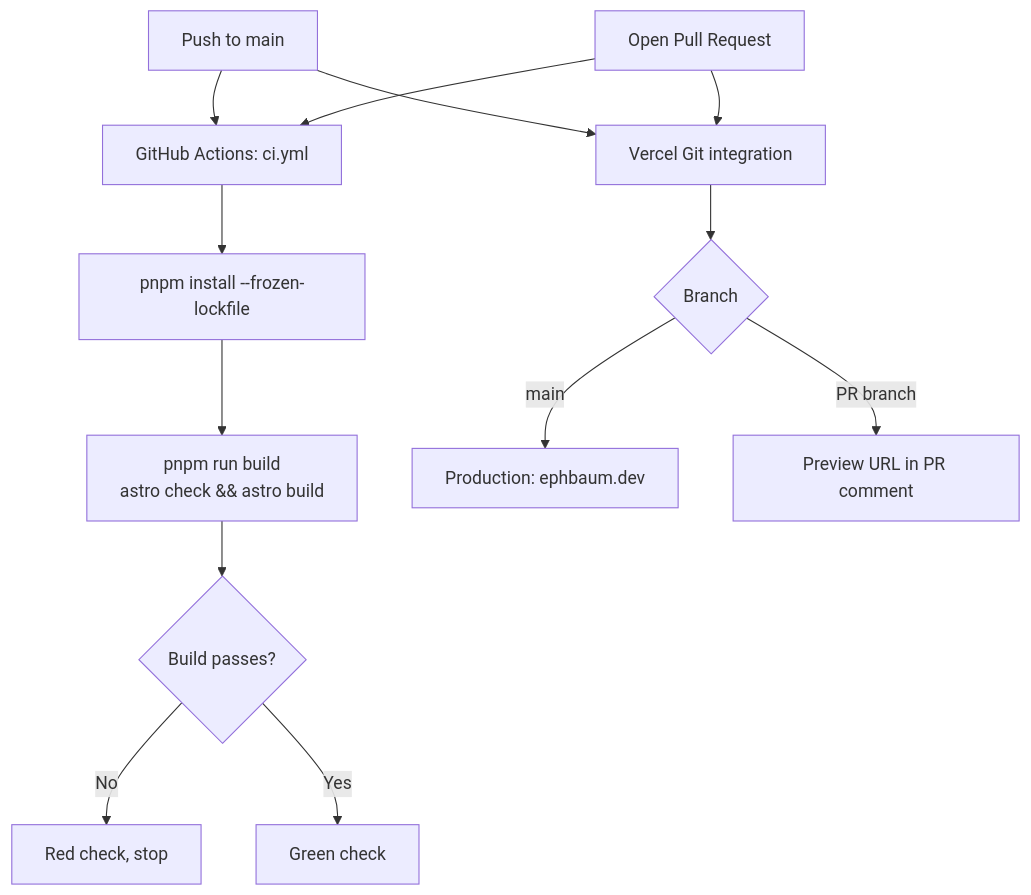
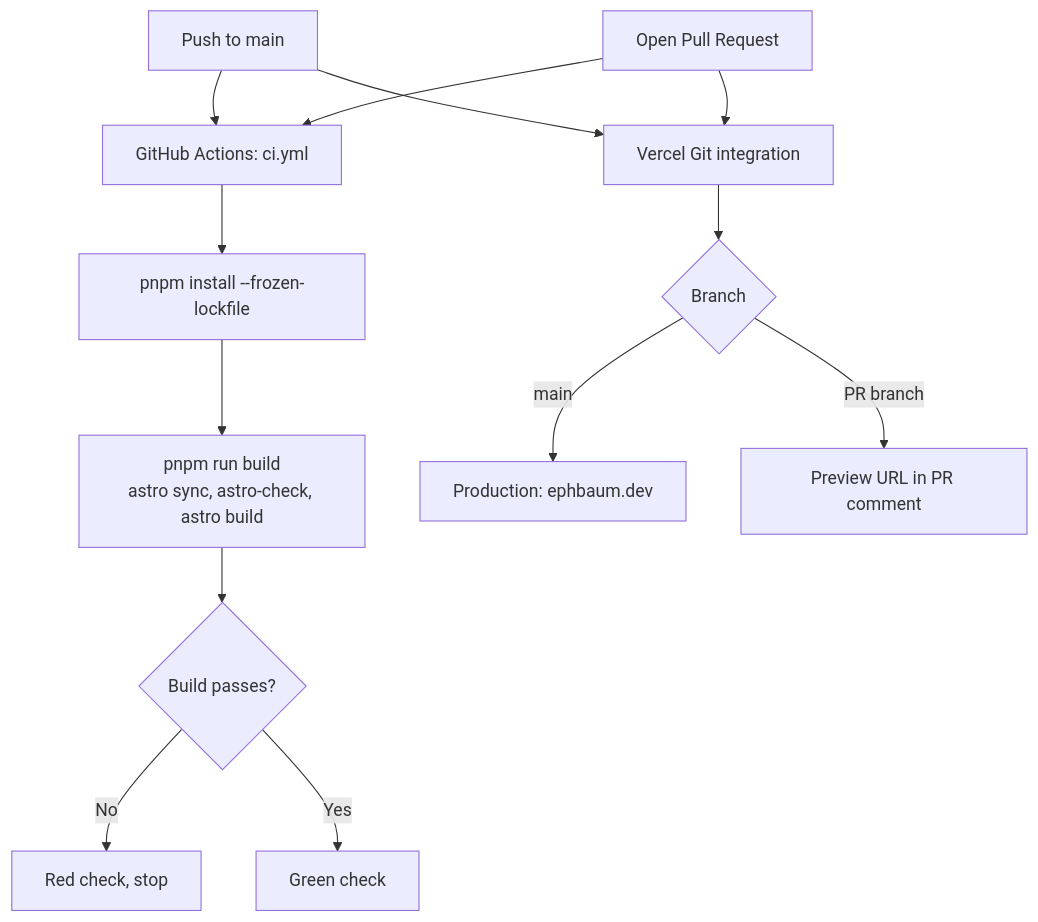
Before and after one commit to ephbaum/ephbaumdotdev: the diagram in README.md, drawn with Mermaid. The commit also changed other lines of this file and 5 other files, not shown here.

````diff
--- a/README.md
+++ b/README.md
@@ -300,16 +300,16 @@
 ```mermaid
 graph TD
     A[Push to main] --> B[GitHub Actions: ci.yml]
     C[Open Pull Request] --> B
     B --> D[pnpm install --frozen-lockfile]
-    D --> E[pnpm run build<br/>astro check && astro build]
+    D --> E[pnpm run build<br/>astro sync, astro-check, astro build]
     E --> F{Build passes?}
     F -->|No| G[Red check, stop]
     F -->|Yes| H[Green check]
 
     A --> I[Vercel Git integration]
     C --> I
     I --> J{Branch}
     J -->|main| K[Production: ephbaum.dev]
     J -->|PR branch| L[Preview URL in PR comment]
 ```
````
